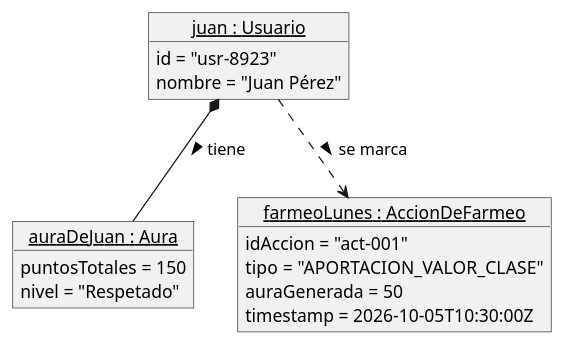
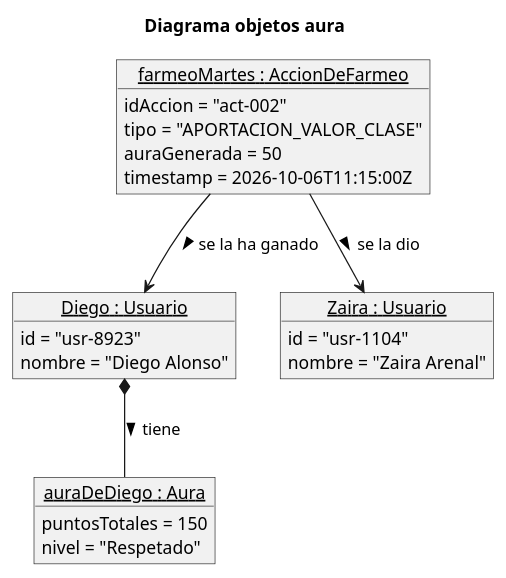
Before and after one commit to Diego-alonsodiaz/26-27-idsw1: the diagram in entregas/alonsoDiego/src/domainModel/Aura/DiagramaAuraObjetos.puml, drawn with PlantUML. The commit also changed other lines of this file and 1 other file, not shown here.

Commit message:
refactor: Añado un usuario mas, encargado de "otorgar" el aura

```diff
--- a/entregas/alonsoDiego/src/domainModel/Aura/DiagramaAuraObjetos.puml
+++ b/entregas/alonsoDiego/src/domainModel/Aura/DiagramaAuraObjetos.puml
@@ -1,21 +1,29 @@
 @startuml
-object "__juan : Usuario__" as juan {
+title Diagrama objetos aura
+
+object "__Diego : Usuario__" as Diego {
     id = "usr-8923"
-    nombre = "Juan Pérez"
+    nombre = "Diego Alonso"
 }
 
-object "__auraDeJuan : Aura__" as aura {
+object "__Zaira : Usuario__" as Zaira {
+    id = "usr-1104"
+    nombre = "Zaira Arenal"
+}
+
+object "__auraDeDiego : Aura__" as aura {
     puntosTotales = 150
     nivel = "Respetado"
 }
 
-object "__farmeoLunes : AccionDeFarmeo__" as accion {
-    idAccion = "act-001"
+object "__farmeoMartes : AccionDeFarmeo__" as accion {
+    idAccion = "act-002"
     tipo = "APORTACION_VALOR_CLASE"
     auraGenerada = 50
-    timestamp = 2026-10-05T10:30:00Z
+    timestamp = 2026-10-06T11:15:00Z
 }
 
-juan *-- aura : tiene >
-juan ..> accion : se marca >
+Diego *-- aura : tiene >
+accion --> Zaira : se la dio >
+accion --> Diego : se la ha ganado >
 @endum
```
